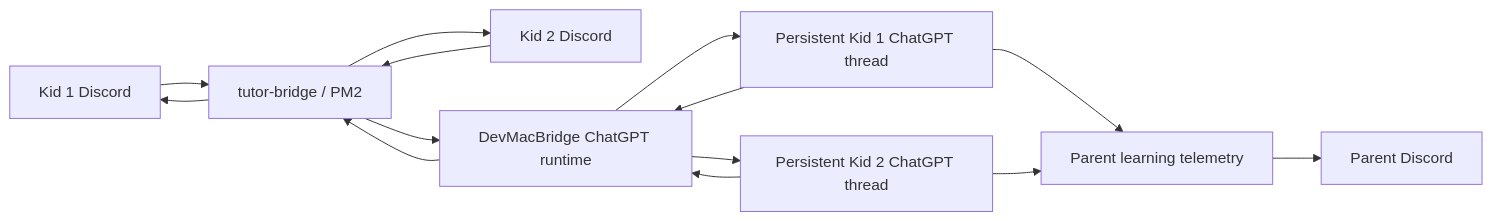
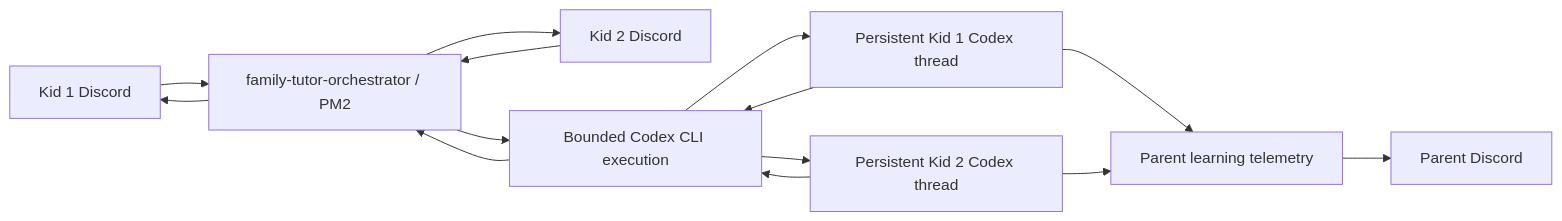
Before and after one commit to lalalic/neo: the diagram in family-tutor/docs/architecture.md, drawn with Mermaid. The commit also changed 21 other files, not shown here.

First line of the commit message:
Refactor Family Tutor onto a PM2 Codex orchestrator (#16)

````diff
--- a/family-tutor/docs/architecture.md
+++ b/family-tutor/docs/architecture.md
@@ -3,16 +3,16 @@
 ```mermaid
 flowchart LR
-  K1[Kid 1 Discord] --> B[tutor-bridge / PM2]
+  K1[Kid 1 Discord] --> B[family-tutor-orchestrator / PM2]
   K2[Kid 2 Discord] --> B
-  B --> MDB[DevMacBridge ChatGPT runtime]
-  MDB --> T1[Persistent Kid 1 ChatGPT thread]
-  MDB --> T2[Persistent Kid 2 ChatGPT thread]
-  T1 --> MDB
-  T2 --> MDB
-  MDB --> B
+  B --> C[Bounded Codex CLI execution]
+  C --> T1[Persistent Kid 1 Codex thread]
+  C --> T2[Persistent Kid 2 Codex thread]
+  T1 --> C
+  T2 --> C
+  C --> B
   B --> K1
   B --> K2
   T1 --> P[Parent learning telemetry]
   T2 --> P
   P --> PD[Parent Discord]
 ```
````
